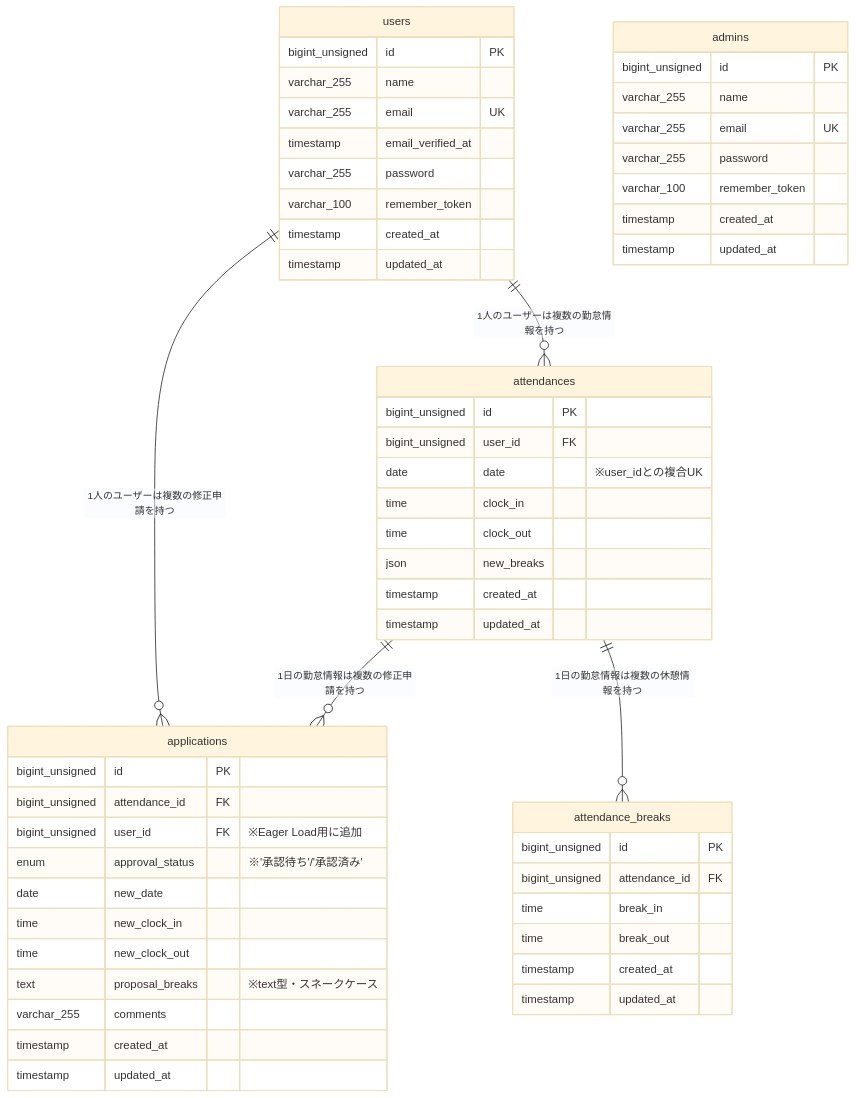
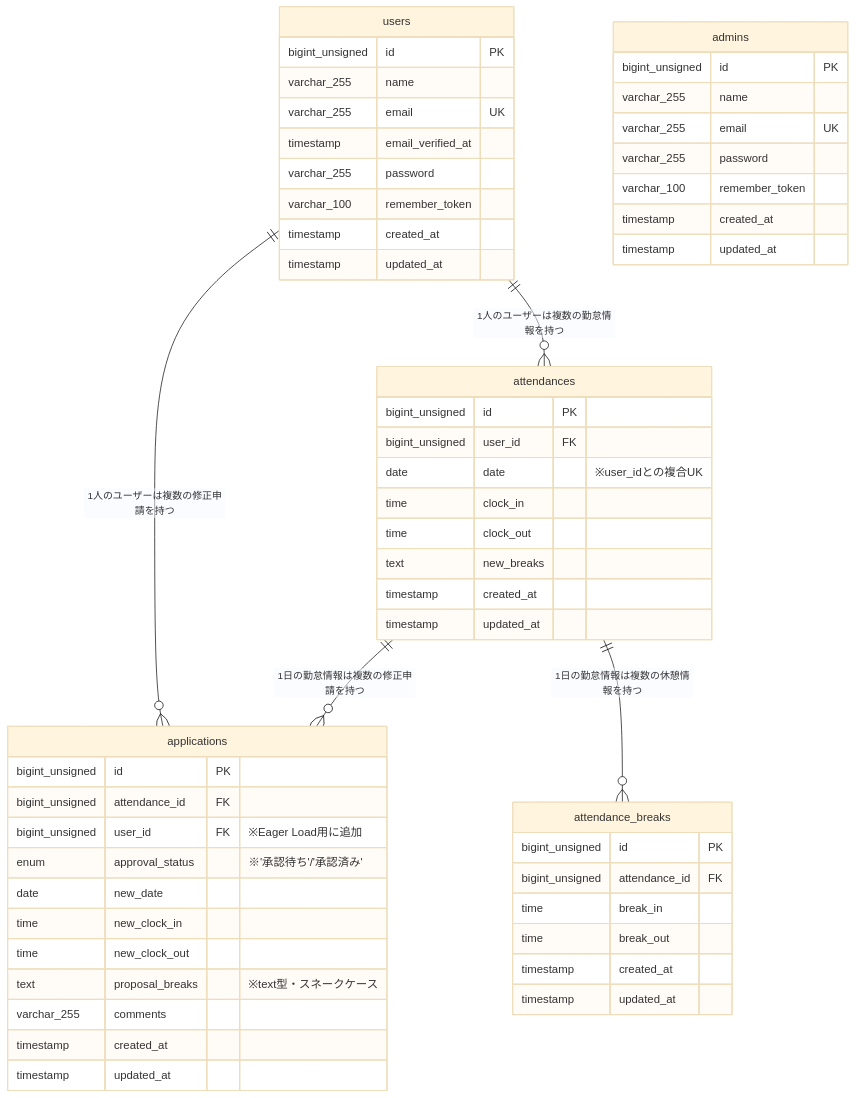
Before and after one commit to Ma-Namba/attendance-app: the diagram in README.md, drawn with Mermaid (base theme). The commit also changed 3 other files, not shown here.

````diff
--- a/README.md
+++ b/README.md
@@ -115,58 +115,58 @@
 ```mermaid
 erDiagram
     users ||--o{ attendances: "1人のユーザーは複数の勤怠情報を持つ"
     users ||--o{ applications: "1人のユーザーは複数の修正申請を持つ"
     attendances ||--o{ applications: "1日の勤怠情報は複数の修正申請を持つ"
     attendances ||--o{ attendance_breaks: "1日の勤怠情報は複数の休憩情報を持つ"
 
     users {
         bigint_unsigned id PK
         varchar_255 name
         varchar_255 email UK
         timestamp email_verified_at
         varchar_255 password
         varchar_100 remember_token
         timestamp created_at
         timestamp updated_at
     }
     admins {
         bigint_unsigned id PK
         varchar_255 name
         varchar_255 email UK
         varchar_255 password
         varchar_100 remember_token
         timestamp created_at
         timestamp updated_at
     }
     attendances {
         bigint_unsigned id PK
         bigint_unsigned user_id FK
         date date "※user_idとの複合UK"
         time clock_in
         time clock_out
-        json new_breaks
+        text new_breaks
         timestamp created_at
         timestamp updated_at
     }
     applications {
         bigint_unsigned id PK
         bigint_unsigned attendance_id FK
         bigint_unsigned user_id FK "※Eager Load用に追加"
         enum approval_status "※'承認待ち'/'承認済み'"
         date new_date
         time new_clock_in
         time new_clock_out
         text proposal_breaks "※text型・スネークケース"
         varchar_255 comments
         timestamp created_at
         timestamp updated_at
     }
     attendance_breaks {
         bigint_unsigned id PK
         bigint_unsigned attendance_id FK
         time break_in
         time break_out
         timestamp created_at
         timestamp updated_at
     }
 ```
````
